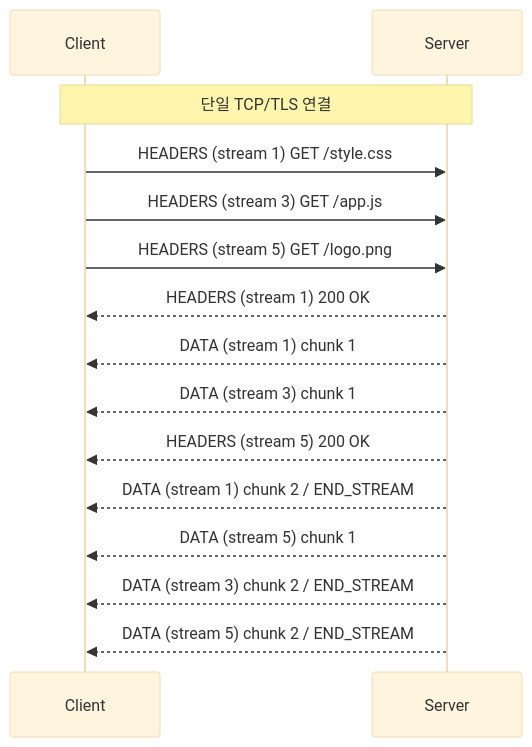
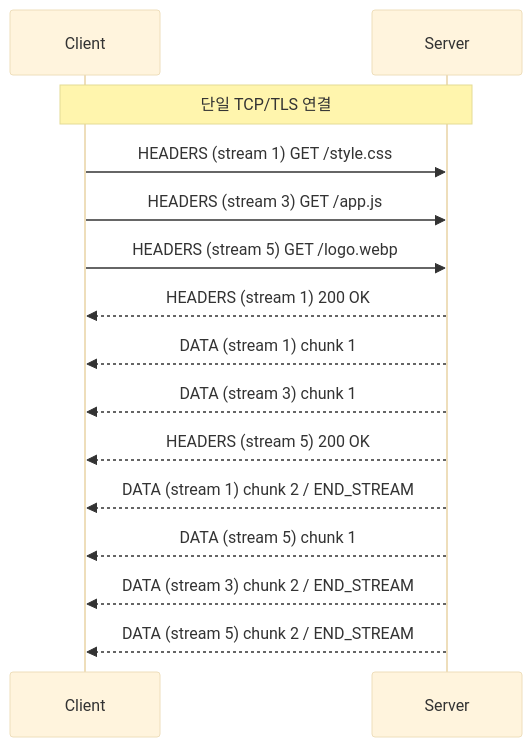
One commit to GYUTORY/YGSTUDY changed the diagram in Develop/Network/7 Layer/Application Layer/Http/HTTP_2.md. Above: the diagram before and after it, drawn with Mermaid (base theme). The commit also changed other lines of this file and 513 other files, not shown here.

````diff
--- a/Develop/Network/7 Layer/Application Layer/Http/HTTP_2.md
+++ b/Develop/Network/7 Layer/Application Layer/Http/HTTP_2.md
@@ -63,17 +63,17 @@
 ```mermaid
 sequenceDiagram
     participant C as Client
     participant S as Server
     Note over C,S: 단일 TCP/TLS 연결
     C->>S: HEADERS (stream 1) GET /style.css
     C->>S: HEADERS (stream 3) GET /app.js
-    C->>S: HEADERS (stream 5) GET /logo.png
+    C->>S: HEADERS (stream 5) GET /logo.webp
     S-->>C: HEADERS (stream 1) 200 OK
     S-->>C: DATA (stream 1) chunk 1
     S-->>C: DATA (stream 3) chunk 1
     S-->>C: HEADERS (stream 5) 200 OK
     S-->>C: DATA (stream 1) chunk 2 / END_STREAM
     S-->>C: DATA (stream 5) chunk 1
     S-->>C: DATA (stream 3) chunk 2 / END_STREAM
     S-->>C: DATA (stream 5) chunk 2 / END_STREAM
 ```
````
